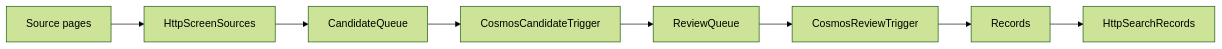
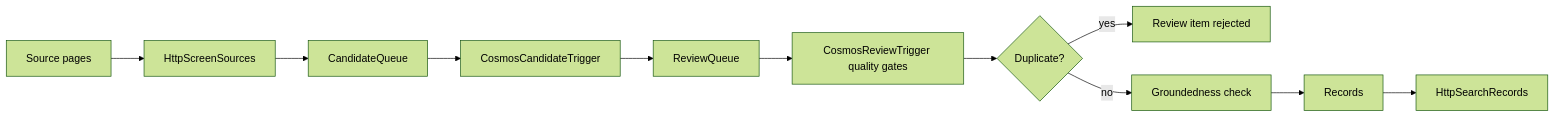
The diagram in docs/architecture.md (flo7up/ai-web-scraping-pipeline), drawn with Mermaid (forest theme) before and after one commit. The commit also changed other lines of this file and 11 other files, not shown here.

````diff
--- a/docs/architecture.md
+++ b/docs/architecture.md
@@ -5,10 +5,13 @@
 ```mermaid
 flowchart LR
   Source[Source pages] --> Screen[HttpScreenSources]
   Screen --> Candidate[CandidateQueue]
   Candidate --> Extract[CosmosCandidateTrigger]
   Extract --> Review[ReviewQueue]
-  Review --> Approve[CosmosReviewTrigger]
-  Approve --> Records[Records]
+  Review --> Quality[CosmosReviewTrigger quality gates]
+  Quality --> Duplicate{Duplicate?}
+  Duplicate -- yes --> Rejected[Review item rejected]
+  Duplicate -- no --> Grounded[Groundedness check]
+  Grounded --> Records[Records]
   Records --> Search[HttpSearchRecords]
 ```
````
